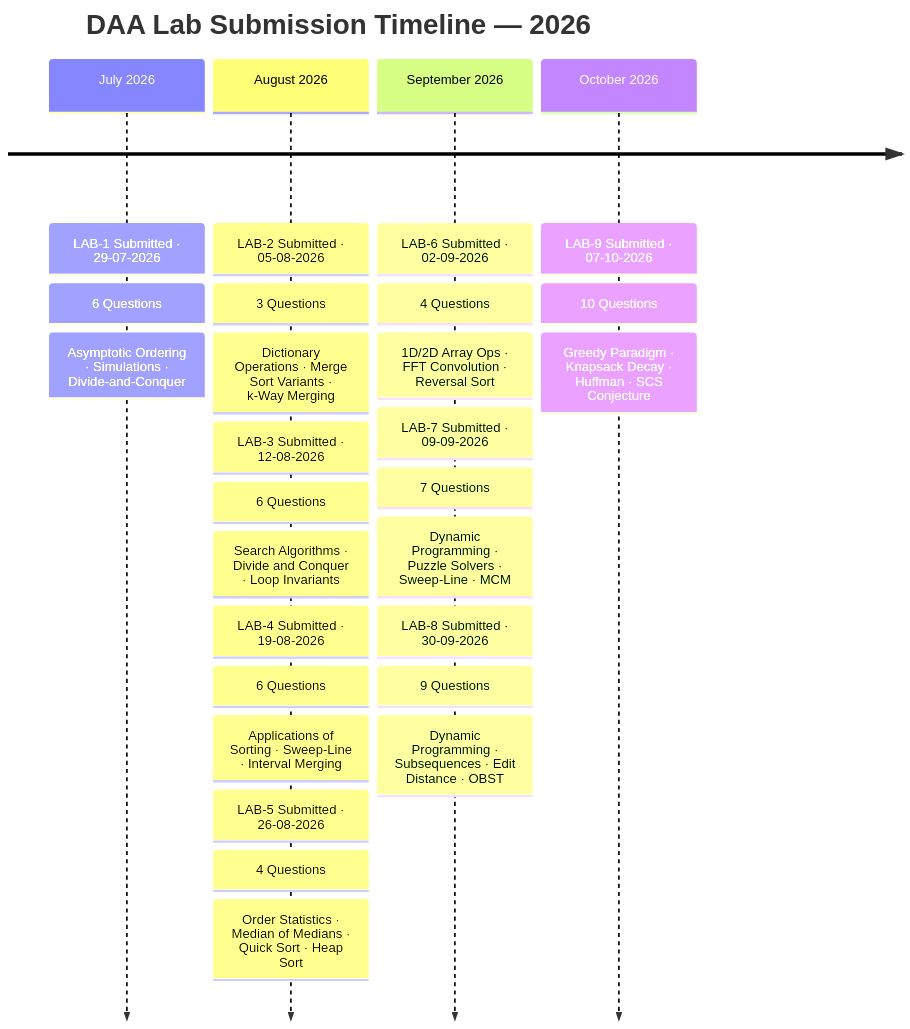
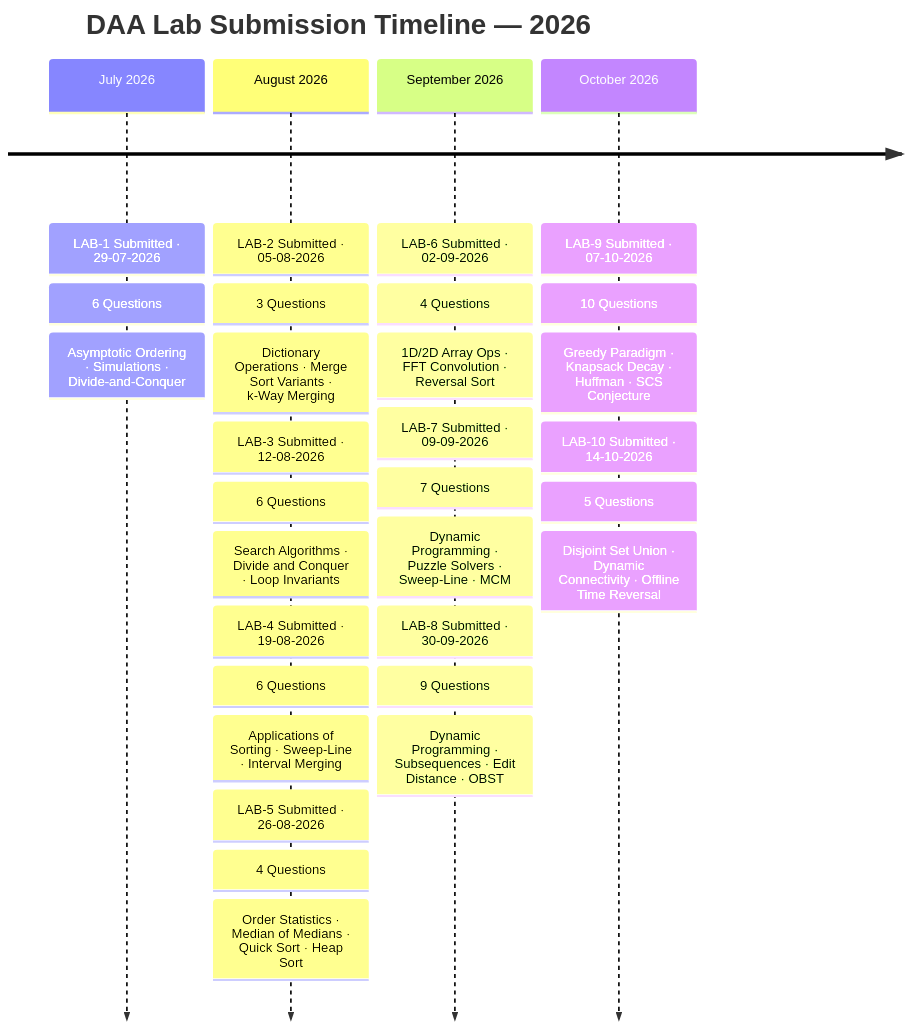
The first of 15 diagrams in README.md (Asit-Kumar-Mohapatra/Design-and-Analysis-of-Algorithm-DAA-Assignments-2026), drawn with Mermaid before and after one commit. The commit also changed other lines of this file, not shown here.

````diff
--- a/README.md
+++ b/README.md
@@ -136,31 +142,34 @@
 ```mermaid
 timeline
     title  DAA Lab Submission Timeline — 2026
     July 2026   : LAB-1 Submitted  ·  29-07-2026
                 : 6 Questions
                 : Asymptotic Ordering · Simulations · Divide-and-Conquer
     August 2026 : LAB-2 Submitted  ·  05-08-2026
                 : 3 Questions
                 : Dictionary Operations · Merge Sort Variants · k-Way Merging
                 : LAB-3 Submitted  ·  12-08-2026
                 : 6 Questions
                 : Search Algorithms · Divide and Conquer · Loop Invariants
                 : LAB-4 Submitted  ·  19-08-2026
                 : 6 Questions
                 : Applications of Sorting · Sweep-Line · Interval Merging
                 : LAB-5 Submitted  ·  26-08-2026
                 : 4 Questions
                 : Order Statistics · Median of Medians · Quick Sort · Heap Sort
     September 2026 : LAB-6 Submitted  ·  02-09-2026
                    : 4 Questions
                    : 1D/2D Array Ops · FFT Convolution · Reversal Sort
                    : LAB-7 Submitted  ·  09-09-2026
                    : 7 Questions
                    : Dynamic Programming · Puzzle Solvers · Sweep-Line · MCM
                    : LAB-8 Submitted  ·  30-09-2026
                    : 9 Questions
                    : Dynamic Programming · Subsequences · Edit Distance · OBST
     October 2026   : LAB-9 Submitted  ·  07-10-2026
                    : 10 Questions
                    : Greedy Paradigm · Knapsack Decay · Huffman · SCS Conjecture
+                   : LAB-10 Submitted  ·  14-10-2026
+                   : 5 Questions
+                   : Disjoint Set Union · Dynamic Connectivity · Offline Time Reversal
 ```
````
